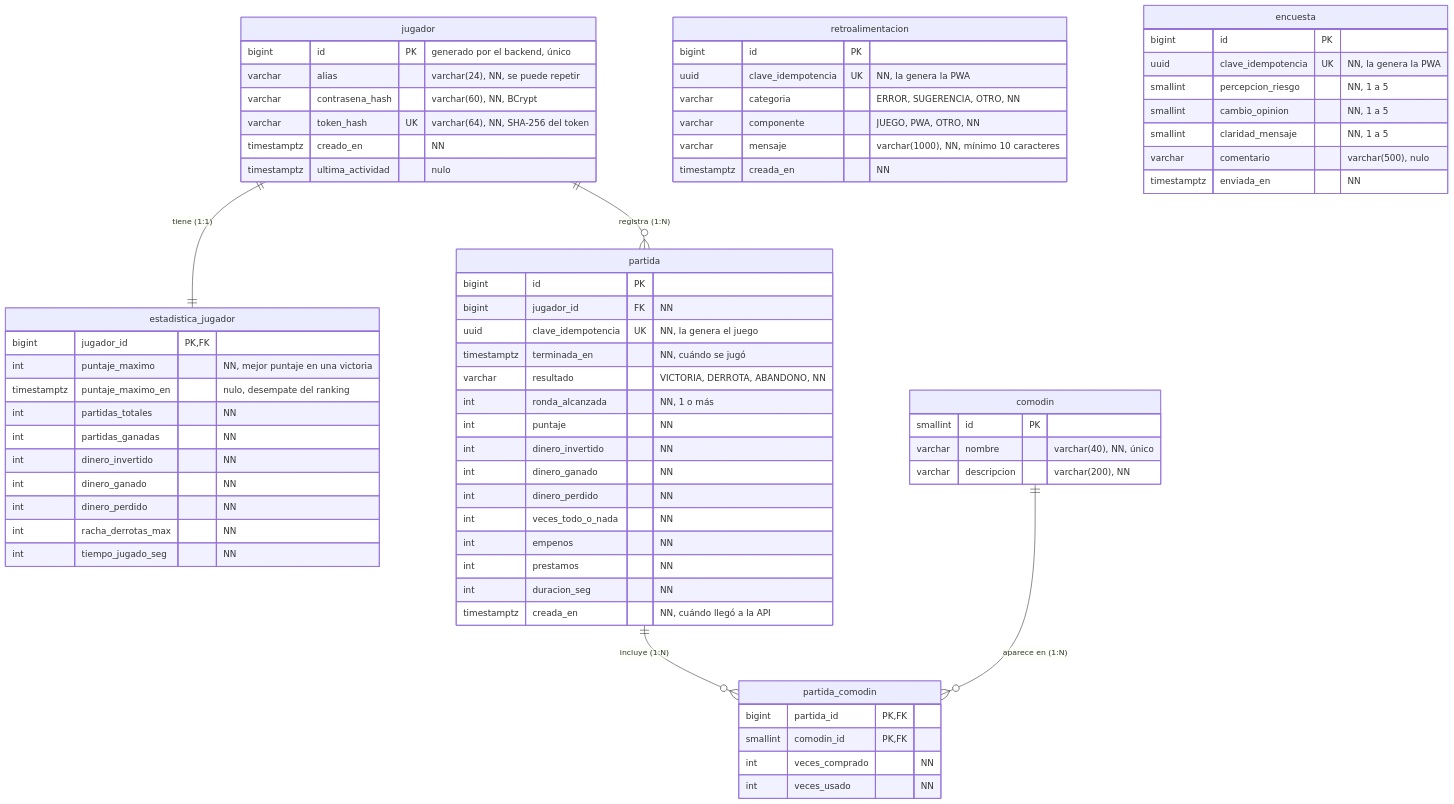
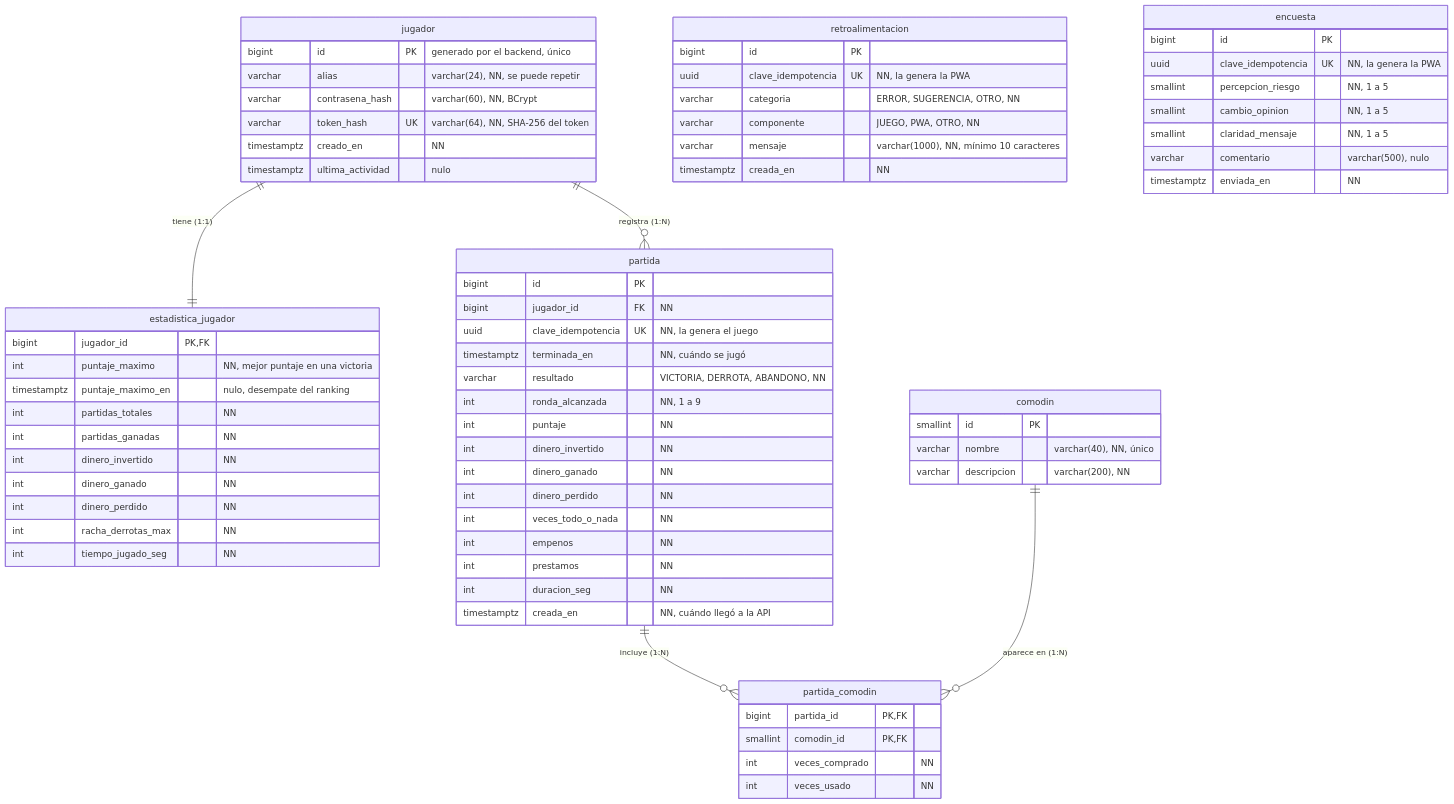
The diagram in docs/diagramas/modelo-datos.mmd (Anuma-Games/fat-fish-api), drawn with Mermaid before and after one commit. The commit also changed 7 other files, not shown here.

```diff
--- a/docs/diagramas/modelo-datos.mmd
+++ b/docs/diagramas/modelo-datos.mmd
@@ -1,79 +1,79 @@
 %% Simbología: PK = llave primaria, FK = llave foránea, UK = valor único,
 %% NN = obligatorio (not null), nulo = opcional, varchar(n) = texto de hasta n caracteres.
 erDiagram
     jugador ||--|| estadistica_jugador : "tiene (1:1)"
     jugador ||--o{ partida : "registra (1:N)"
     partida ||--o{ partida_comodin : "incluye (1:N)"
     comodin ||--o{ partida_comodin : "aparece en (1:N)"
 
     jugador {
         bigint id PK "generado por el backend, único"
         varchar alias "varchar(24), NN, se puede repetir"
         varchar contrasena_hash "varchar(60), NN, BCrypt"
         varchar token_hash UK "varchar(64), NN, SHA-256 del token"
         timestamptz creado_en "NN"
         timestamptz ultima_actividad "nulo"
     }
 
     estadistica_jugador {
         bigint jugador_id PK, FK
         int puntaje_maximo "NN, mejor puntaje en una victoria"
         timestamptz puntaje_maximo_en "nulo, desempate del ranking"
         int partidas_totales "NN"
         int partidas_ganadas "NN"
         int dinero_invertido "NN"
         int dinero_ganado "NN"
         int dinero_perdido "NN"
         int racha_derrotas_max "NN"
         int tiempo_jugado_seg "NN"
     }
 
     partida {
         bigint id PK
         bigint jugador_id FK "NN"
         uuid clave_idempotencia UK "NN, la genera el juego"
         timestamptz terminada_en "NN, cuándo se jugó"
         varchar resultado "VICTORIA, DERROTA, ABANDONO, NN"
-        int ronda_alcanzada "NN, 1 o más"
+        int ronda_alcanzada "NN, 1 a 9"
         int puntaje "NN"
         int dinero_invertido "NN"
         int dinero_ganado "NN"
         int dinero_perdido "NN"
         int veces_todo_o_nada "NN"
         int empenos "NN"
         int prestamos "NN"
         int duracion_seg "NN"
         timestamptz creada_en "NN, cuándo llegó a la API"
     }
 
     comodin {
         smallint id PK
         varchar nombre "varchar(40), NN, único"
         varchar descripcion "varchar(200), NN"
     }
 
     partida_comodin {
         bigint partida_id PK, FK
         smallint comodin_id PK, FK
         int veces_comprado "NN"
         int veces_usado "NN"
     }
 
     retroalimentacion {
         bigint id PK
         uuid clave_idempotencia UK "NN, la genera la PWA"
         varchar categoria "ERROR, SUGERENCIA, OTRO, NN"
         varchar componente "JUEGO, PWA, OTRO, NN"
         varchar mensaje "varchar(1000), NN, mínimo 10 caracteres"
         timestamptz creada_en "NN"
     }
 
     encuesta {
         bigint id PK
         uuid clave_idempotencia UK "NN, la genera la PWA"
         smallint percepcion_riesgo "NN, 1 a 5"
         smallint cambio_opinion "NN, 1 a 5"
         smallint claridad_mensaje "NN, 1 a 5"
         varchar comentario "varchar(500), nulo"
         timestamptz enviada_en "NN"
     }
```
